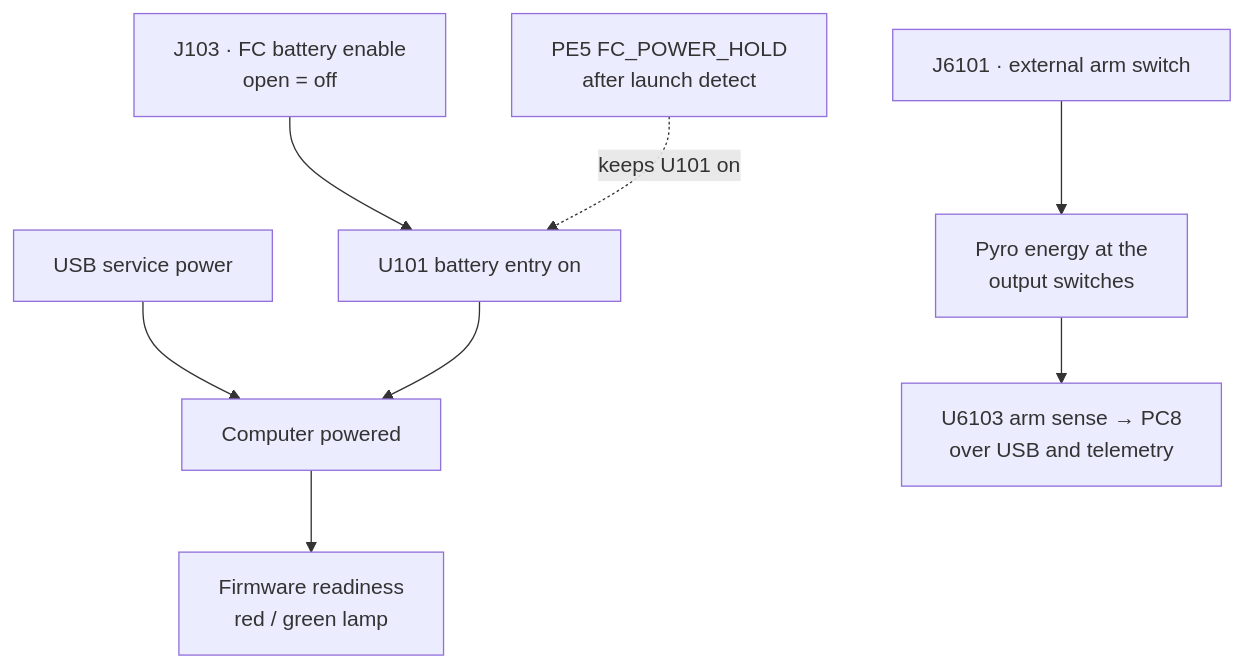
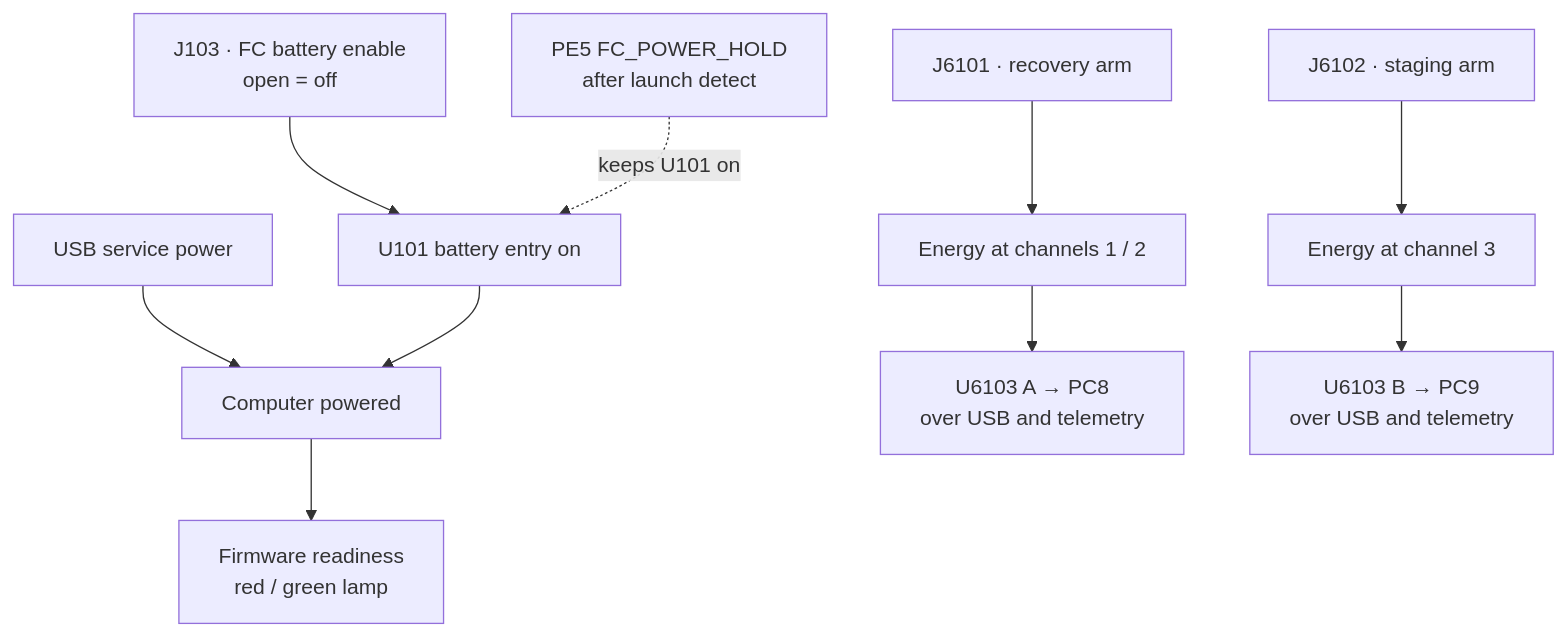
Before and after one commit to ULAS-HiPR/Ogma2: the diagram in docs/architecture/09-connectors-arming.md, drawn with Mermaid. The commit also changed other lines of this file and 14 other files, not shown here.

First line of the commit message:
Keep three pyro channels and three servos (D-7.1)

````diff
--- a/docs/architecture/09-connectors-arming.md
+++ b/docs/architecture/09-connectors-arming.md
@@ -8,15 +8,17 @@
 ```mermaid
 flowchart TB
   A["J103 · FC battery enable
 open = off"] --> B["U101 battery entry on"]
   U["USB service power"] --> C["Computer powered"]
   B --> C
   HOLD["PE5 FC_POWER_HOLD
 after launch detect"] -.->|"keeps U101 on"| B
   C --> D["Firmware readiness
 red / green lamp"]
-  E["J6101 · external arm switch"] --> F["Pyro energy at the
-output switches"]
-  F --> S["U6103 arm sense → PC8
+  E["J6101 · recovery arm"] --> F["Energy at channels 1 / 2"]
+  F --> S["U6103 A → PC8
+over USB and telemetry"]
+  E3["J6102 · staging arm"] --> F3["Energy at channel 3"]
+  F3 --> S3["U6103 B → PC9
 over USB and telemetry"]
 ```
````
